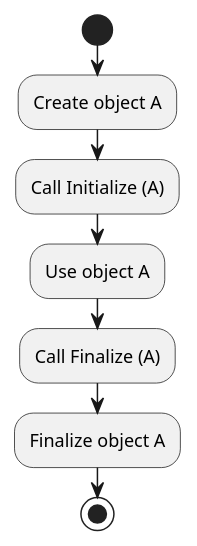
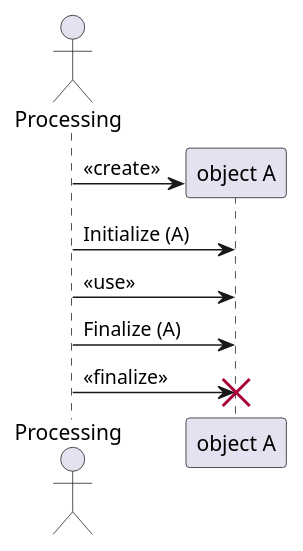
One commit to AdaCore/learn changed the fourth of 9 diagrams in content/courses/advanced-ada/parts/resource_management/controlled_types.rst. Above: the diagram before and after it, drawn with PlantUML. The commit also changed other lines of this file, not shown here.

First line of the commit message:
Converting type of UML diagrams

```diff
--- a/content/courses/advanced-ada/parts/resource_management/controlled_types.rst
+++ b/content/courses/advanced-ada/parts/resource_management/controlled_types.rst
@@ -157,13 +164,14 @@
 .. uml::
    :align: center
-   :width: 100pt
+   :width: 200pt
 
     @startuml
-    start
-    :Create object A;
-    :Call Initialize (A);
-    :Use object A;
-    :Call Finalize (A);
-    :Finalize object A;
-    stop
+        actor Processing
+        participant "object A" as A
+
+        Processing -> A ** : << create >>
+        Processing -> A : Initialize (A)
+        Processing -> A : << use >>
+        Processing -> A : Finalize (A)
+        Processing -> A !! : << finalize >>
     @enduml
```
